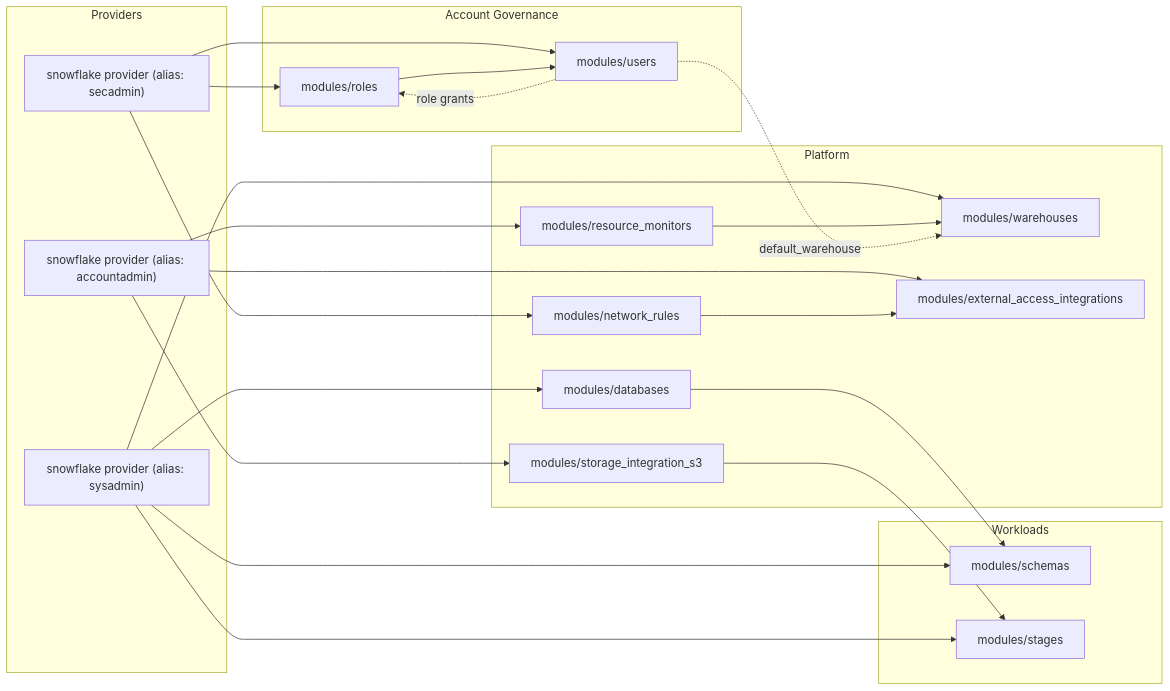
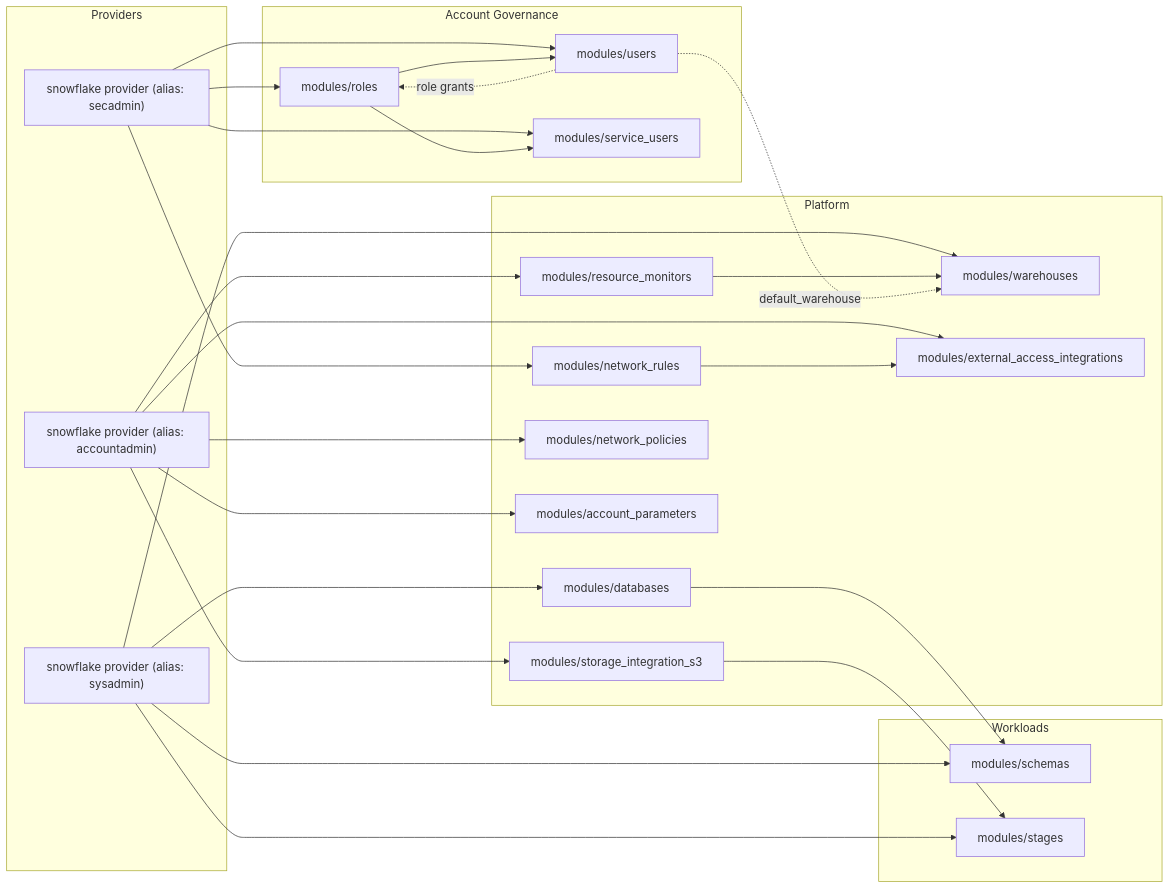
One commit to sahilbhange/snowflake-cortex-iac-agent changed the diagram in README.md. Above: the diagram before and after it, drawn with Mermaid. The commit also changed other lines of this file and 4 other files, not shown here.

Commit message:
docs: update all docs to reflect 13 stacks (service users, network policies, account parameters)

````diff
--- a/README.md
+++ b/README.md
@@ -58,49 +58,56 @@
 ```mermaid
 flowchart LR
   subgraph Providers
     SecAdmin["snowflake provider (alias: secadmin)"]
     SysAdmin["snowflake provider (alias: sysadmin)"]
     AccountAdmin["snowflake provider (alias: accountadmin)"]
   end
 
   subgraph Account_Governance["Account Governance"]
     Roles["modules/roles"]
     Users["modules/users"]
+    ServiceUsers["modules/service_users"]
   end
 
   subgraph Platform
     Databases["modules/databases"]
     Warehouses["modules/warehouses"]
     ResourceMonitors["modules/resource_monitors"]
     StorageInt["modules/storage_integration_s3"]
     NetworkRules["modules/network_rules"]
     ExternalAccess["modules/external_access_integrations"]
+    NetworkPolicies["modules/network_policies"]
+    AccountParameters["modules/account_parameters"]
   end
 
   subgraph Workloads
     Schemas["modules/schemas"]
     Stages["modules/stages"]
   end
 
   SecAdmin --> Roles
   SecAdmin --> Users
+  SecAdmin --> ServiceUsers
   SecAdmin --> NetworkRules
 
   SysAdmin --> Databases
   SysAdmin --> Warehouses
   SysAdmin --> Schemas
   SysAdmin --> Stages
 
   AccountAdmin --> ResourceMonitors
   AccountAdmin --> StorageInt
   AccountAdmin --> ExternalAccess
+  AccountAdmin --> NetworkPolicies
+  AccountAdmin --> AccountParameters
 
   Roles --> Users
+  Roles --> ServiceUsers
   Databases --> Schemas
   StorageInt --> Stages
   ResourceMonitors --> Warehouses
   NetworkRules --> ExternalAccess
 
   Users -. default_warehouse .-> Warehouses
   Users -. role grants .-> Roles
 ```
````
